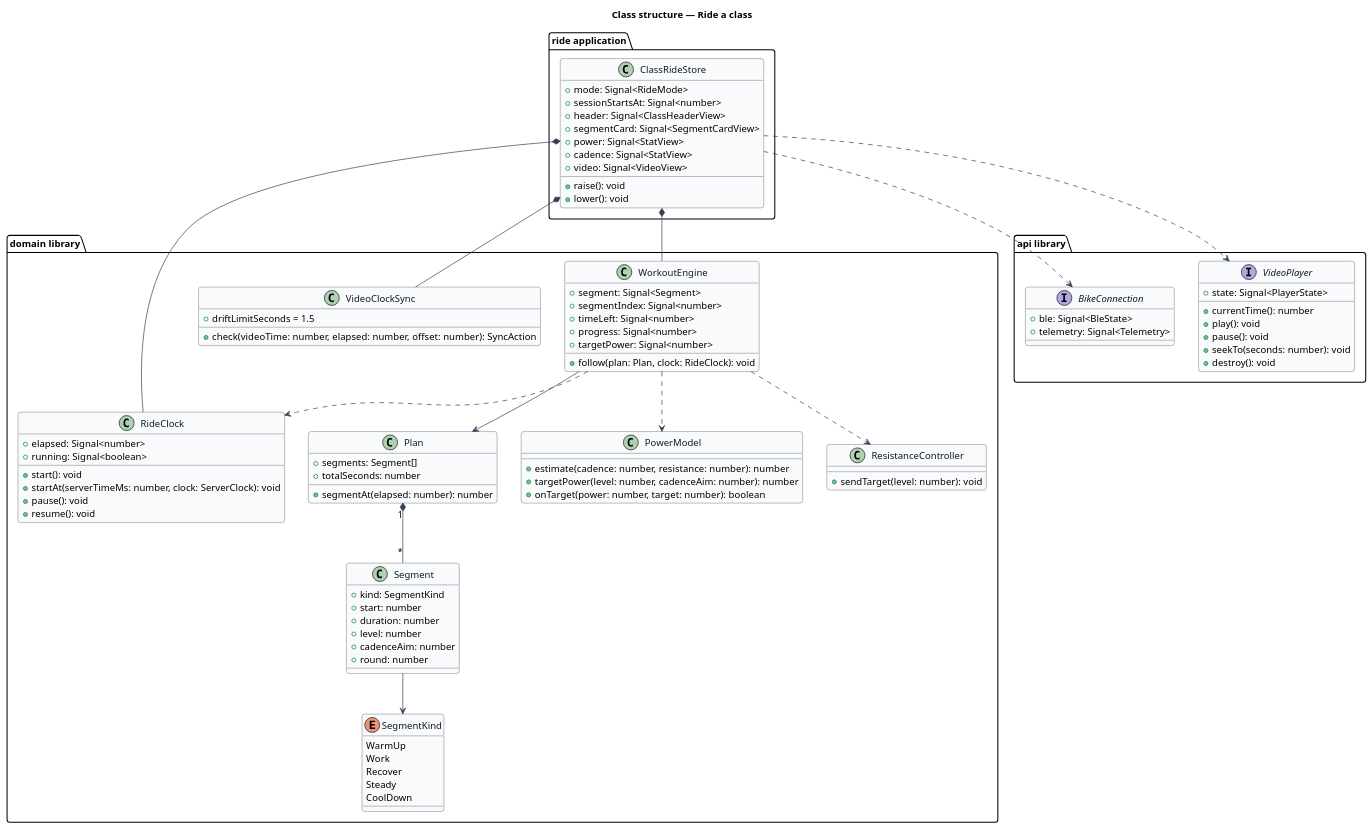
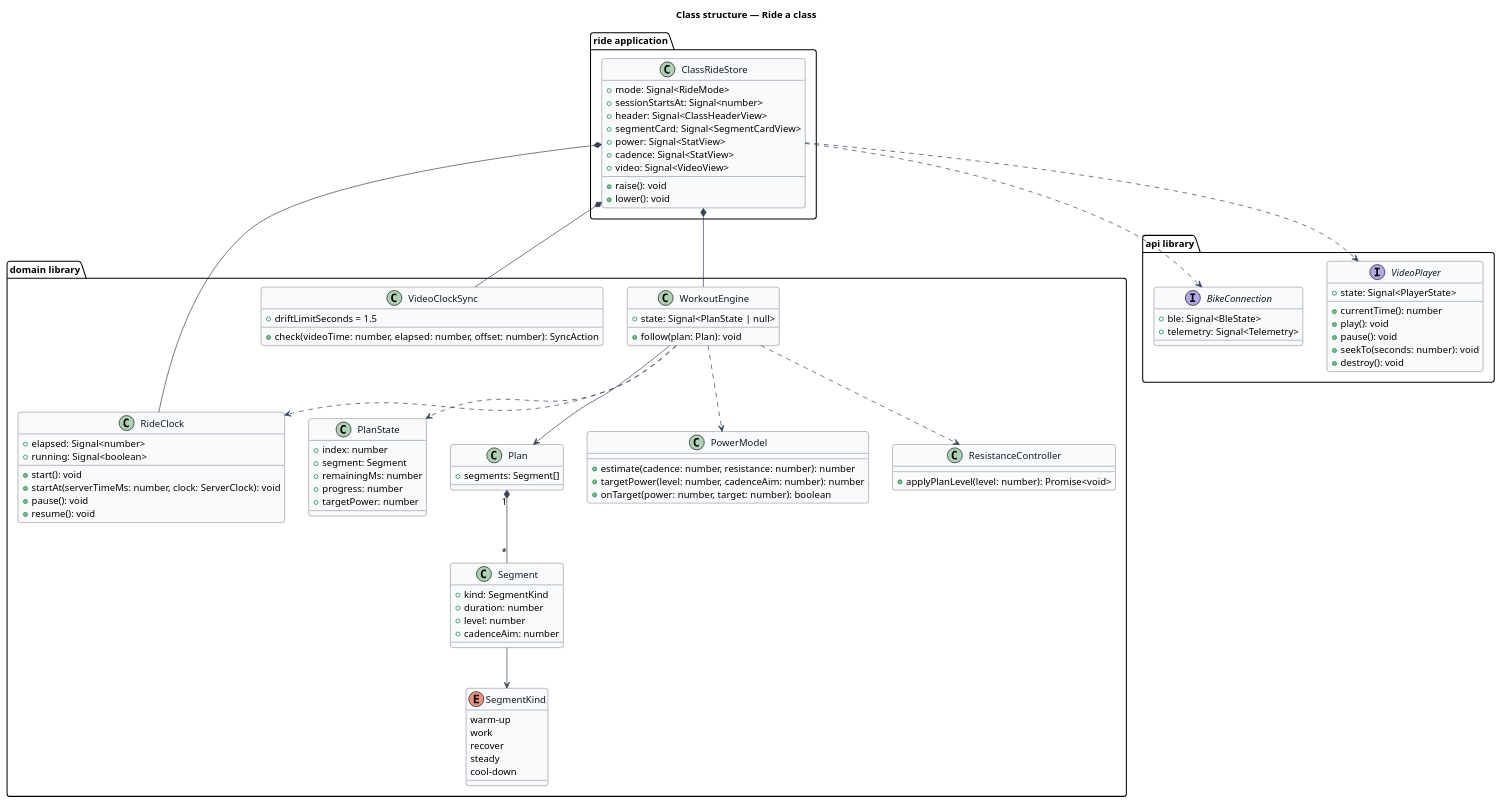
The diagram in docs/detailed-designs/classes/ride-a-class/diagrams/class-structure.puml (QuinntyneBrown/ride-one), drawn with PlantUML before and after one commit. The commit also changed 17 other files, not shown here.

First line of the commit message:
Align the ride clock and class ride designs with slice 5.1

```diff
--- a/docs/detailed-designs/classes/ride-a-class/diagrams/class-structure.puml
+++ b/docs/detailed-designs/classes/ride-a-class/diagrams/class-structure.puml
@@ -1,104 +1,104 @@
 @startuml
 ' --- shared skin header ---
 skinparam backgroundColor #FFFFFF
 skinparam shadowing false
 skinparam roundcorner 8
 skinparam defaultFontName Arial
 skinparam ArrowColor #344054
 skinparam class {
   BorderColor #344054
   FontColor #101828
   BackgroundColor #F9FAFB
 }
 ' --------------------------
 title Class structure — Ride a class
 
 package "domain library" {
   class RideClock {
     +elapsed: Signal<number>
     +running: Signal<boolean>
     +start(): void
     +startAt(serverTimeMs: number, clock: ServerClock): void
     +pause(): void
     +resume(): void
   }
   class WorkoutEngine {
-    +segment: Signal<Segment>
-    +segmentIndex: Signal<number>
-    +timeLeft: Signal<number>
-    +progress: Signal<number>
-    +targetPower: Signal<number>
-    +follow(plan: Plan, clock: RideClock): void
+    +state: Signal<PlanState | null>
+    +follow(plan: Plan): void
+  }
+  class PlanState {
+    +index: number
+    +segment: Segment
+    +remainingMs: number
+    +progress: number
+    +targetPower: number
   }
   class Plan {
     +segments: Segment[]
-    +totalSeconds: number
-    +segmentAt(elapsed: number): number
   }
   class Segment {
     +kind: SegmentKind
-    +start: number
     +duration: number
     +level: number
     +cadenceAim: number
-    +round: number
   }
   enum SegmentKind {
-    WarmUp
-    Work
-    Recover
-    Steady
-    CoolDown
+    warm-up
+    work
+    recover
+    steady
+    cool-down
   }
   class PowerModel {
     +estimate(cadence: number, resistance: number): number
     +targetPower(level: number, cadenceAim: number): number
     +onTarget(power: number, target: number): boolean
   }
   class VideoClockSync {
     +driftLimitSeconds = 1.5
     +check(videoTime: number, elapsed: number, offset: number): SyncAction
   }
   class ResistanceController {
-    +sendTarget(level: number): void
+    +applyPlanLevel(level: number): Promise<void>
   }
 }
 package "api library" {
   interface VideoPlayer {
     +state: Signal<PlayerState>
     +currentTime(): number
     +play(): void
     +pause(): void
     +seekTo(seconds: number): void
     +destroy(): void
   }
   interface BikeConnection {
     +ble: Signal<BleState>
     +telemetry: Signal<Telemetry>
   }
 }
 package "ride application" {
   class ClassRideStore {
     +mode: Signal<RideMode>
     +sessionStartsAt: Signal<number>
     +header: Signal<ClassHeaderView>
     +segmentCard: Signal<SegmentCardView>
     +power: Signal<StatView>
     +cadence: Signal<StatView>
     +video: Signal<VideoView>
     +raise(): void
     +lower(): void
   }
 }
 ClassRideStore *-- WorkoutEngine
 ClassRideStore *-- RideClock
 ClassRideStore *-- VideoClockSync
 ClassRideStore ..> VideoPlayer
 ClassRideStore ..> BikeConnection
 WorkoutEngine --> Plan
+WorkoutEngine ..> PlanState
 WorkoutEngine ..> RideClock
 WorkoutEngine ..> PowerModel
 WorkoutEngine ..> ResistanceController
 Plan "1" *-- "*" Segment
 Segment --> SegmentKind
 @enduml
```
